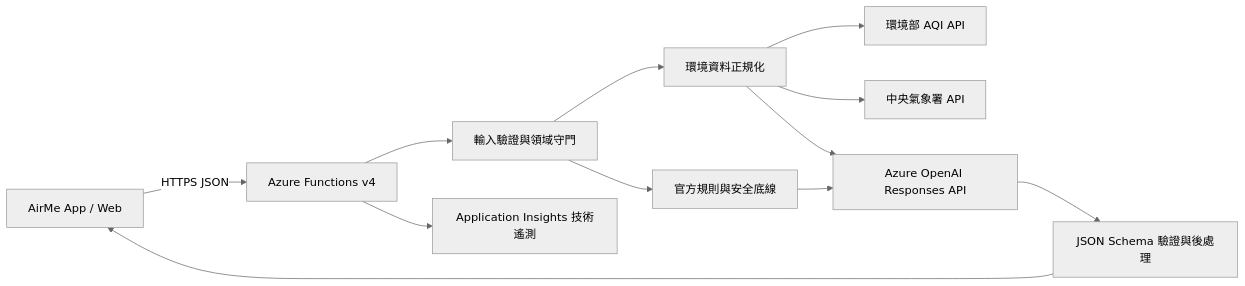
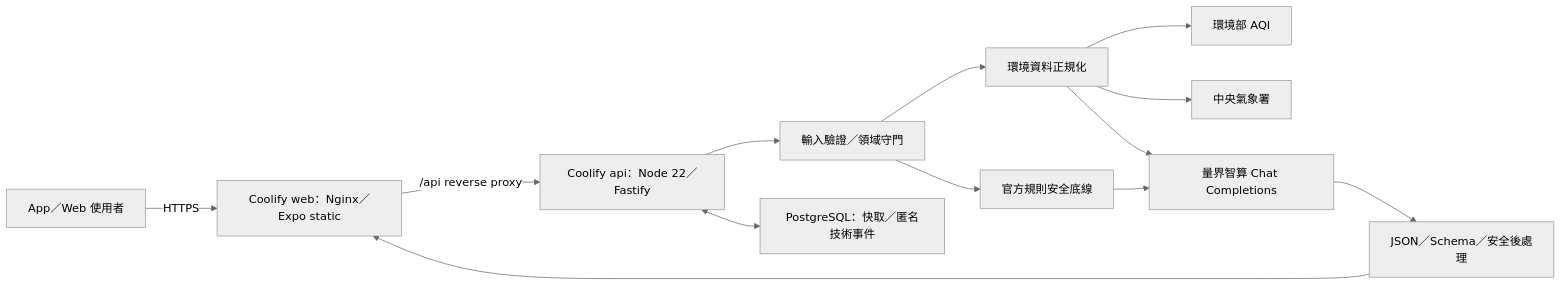
Before and after one commit to Sutdents-Project-Hub/AirMe: the diagram in docs/architecture.md, drawn with Mermaid (neutral theme). The commit also changed other lines of this file and 86 other files, not shown here.

````diff
--- a/docs/architecture.md
+++ b/docs/architecture.md
@@ -40,14 +37,15 @@
 ```mermaid
 flowchart LR
-    U["AirMe App / Web"] -->|HTTPS JSON| F["Azure Functions v4"]
-    F --> V["輸入驗證與領域守門"]
-    V --> E["環境資料正規化"]
-    E --> M["環境部 AQI API"]
-    E --> W["中央氣象署 API"]
-    V --> P["官方規則與安全底線"]
-    E --> O["Azure OpenAI Responses API"]
-    P --> O
-    O --> S["JSON Schema 驗證與後處理"]
-    S --> U
-    F --> I["Application Insights 技術遙測"]
+  User["App／Web 使用者"] -->|HTTPS| Web["Coolify web：Nginx／Expo static"]
+  Web -->|"/api reverse proxy"| Api["Coolify api：Node 22／Fastify"]
+  Api --> Guard["輸入驗證／領域守門"]
+  Guard --> Env["環境資料正規化"]
+  Env --> Moenv["環境部 AQI"]
+  Env --> Cwa["中央氣象署"]
+  Guard --> Rules["官方規則安全底線"]
+  Env --> Ai["量界智算 Chat Completions"]
+  Rules --> Ai
+  Ai --> Validate["JSON／Schema／安全後處理"]
+  Api <--> Pg["PostgreSQL：快取／匿名技術事件"]
+  Validate --> Web
 ```
````
